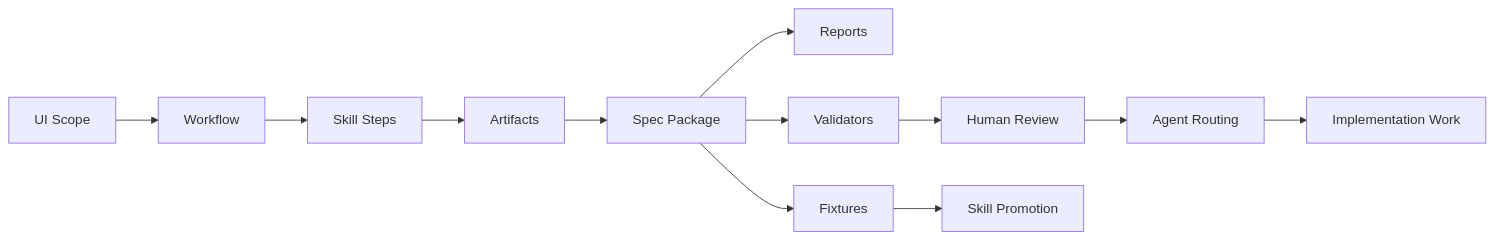
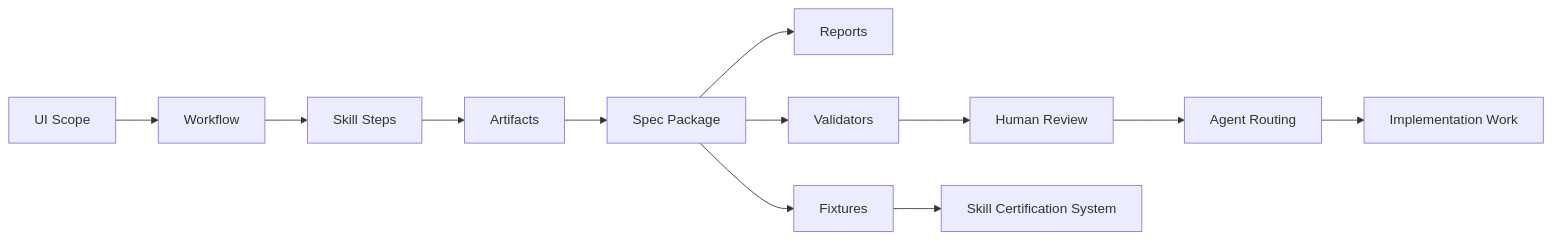
One commit to ThorStarlord/interface-skills changed the first of 2 diagrams in docs/architecture.md. Above: the diagram before and after it, drawn with Mermaid. The commit also changed other lines of this file and 3 other files, not shown here.

Commit message:
docs: add architecture and skill certification system documentation

````diff
--- a/docs/architecture.md
+++ b/docs/architecture.md
@@ -30,14 +30,14 @@
 ```mermaid
 flowchart LR
   Scope[UI Scope] --> Workflow[Workflow]
   Workflow --> Step[Skill Steps]
   Step --> Artifacts[Artifacts]
   Artifacts --> Package[Spec Package]
   Package --> Reports[Reports]
   Package --> Validators[Validators]
   Validators --> HumanReview[Human Review]
   HumanReview --> Routing[Agent Routing]
   Routing --> Implementation[Implementation Work]
   Package --> Fixtures[Fixtures]
-  Fixtures --> Promotion[Skill Promotion]
+  Fixtures --> Promotion[Skill Certification System]
 ```
````
